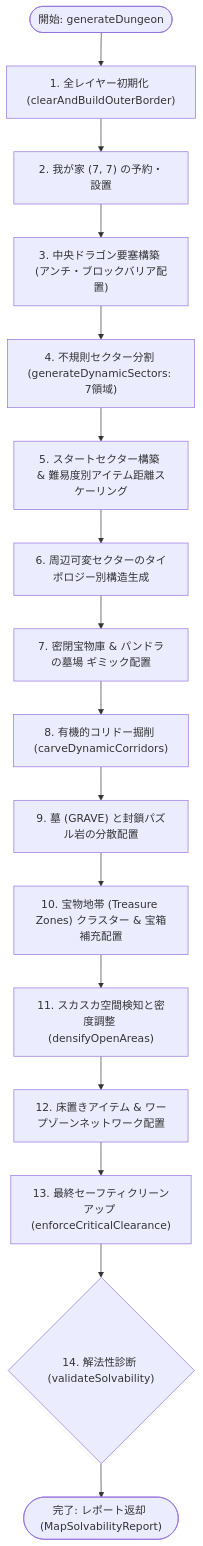
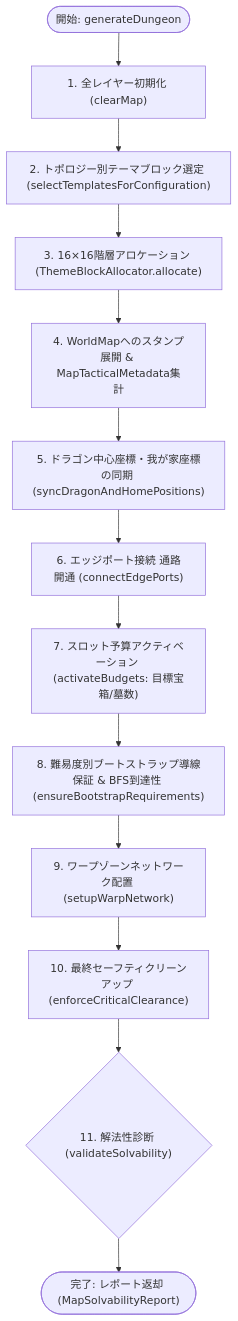
One commit to e3sh/ds1 changed the first of 3 diagrams in docs/procedural_generation_spec.md. Above: the diagram before and after it, drawn with Mermaid. The commit also changed other lines of this file and 46 other files, not shown here.

````diff
--- a/docs/procedural_generation_spec.md
+++ b/docs/procedural_generation_spec.md
@@ -54,18 +60,15 @@
 ```mermaid
 flowchart TD
-    Start(["開始: generateDungeon"]) --> Step1["1. 全レイヤー初期化 (clearAndBuildOuterBorder)"]
-    Step1 --> Step2["2. 我が家 (7, 7) の予約・設置"]
-    Step2 --> Step3["3. 中央ドラゴン要塞構築 (アンチ・ブロックバリア配置)"]
-    Step3 --> Step4["4. 不規則セクター分割 (generateDynamicSectors: 7領域)"]
-    Step4 --> Step5["5. スタートセクター構築 & 難易度別アイテム距離スケーリング"]
-    Step5 --> Step6["6. 周辺可変セクターのタイポロジー別構造生成"]
-    Step6 --> Step7["7. 密閉宝物庫 & パンドラの墓場 ギミック配置"]
-    Step7 --> Step8["8. 有機的コリドー掘削 (carveDynamicCorridors)"]
-    Step8 --> Step9["9. 墓 (GRAVE) と封鎖パズル岩の分散配置"]
-    Step9 --> Step10["10. 宝物地帯 (Treasure Zones) クラスター & 宝箱補充配置"]
-    Step10 --> Step11["11. スカスカ空間検知と密度調整 (densifyOpenAreas)"]
-    Step11 --> Step12["12. 床置きアイテム & ワープゾーンネットワーク配置"]
-    Step12 --> Step13["13. 最終セーフティクリーンアップ (enforceCriticalClearance)"]
-    Step13 --> SolvCheck{"14. 解法性診断 (validateSolvability)"}
+    Start(["開始: generateDungeon"]) --> Step1["1. 全レイヤー初期化 (clearMap)"]
+    Step1 --> Step2["2. トポロジー別テーマブロック選定 (selectTemplatesForConfiguration)"]
+    Step2 --> Step3["3. 16×16階層アロケーション (ThemeBlockAllocator.allocate)"]
+    Step3 --> Step4["4. WorldMapへのスタンプ展開 & MapTacticalMetadata集計"]
+    Step4 --> Step5["5. ドラゴン中心座標・我が家座標の同期 (syncDragonAndHomePositions)"]
+    Step5 --> Step6["6. エッジポート接続 通路開通 (connectEdgePorts)"]
+    Step6 --> Step7["7. スロット予算アクティベーション (activateBudgets: 目標宝箱/墓数)"]
+    Step7 --> Step8["8. 難易度別ブートストラップ導線保証 & BFS到達性 (ensureBootstrapRequirements)"]
+    Step8 --> Step9["9. ワープゾーンネットワーク配置 (setupWarpNetwork)"]
+    Step9 --> Step10["10. 最終セーフティクリーンアップ (enforceCriticalClearance)"]
+    Step10 --> SolvCheck{"11. 解法性診断 (validateSolvability)"}
     SolvCheck --> End(["完了: レポート返却 (MapSolvabilityReport)"])
 ```
````
